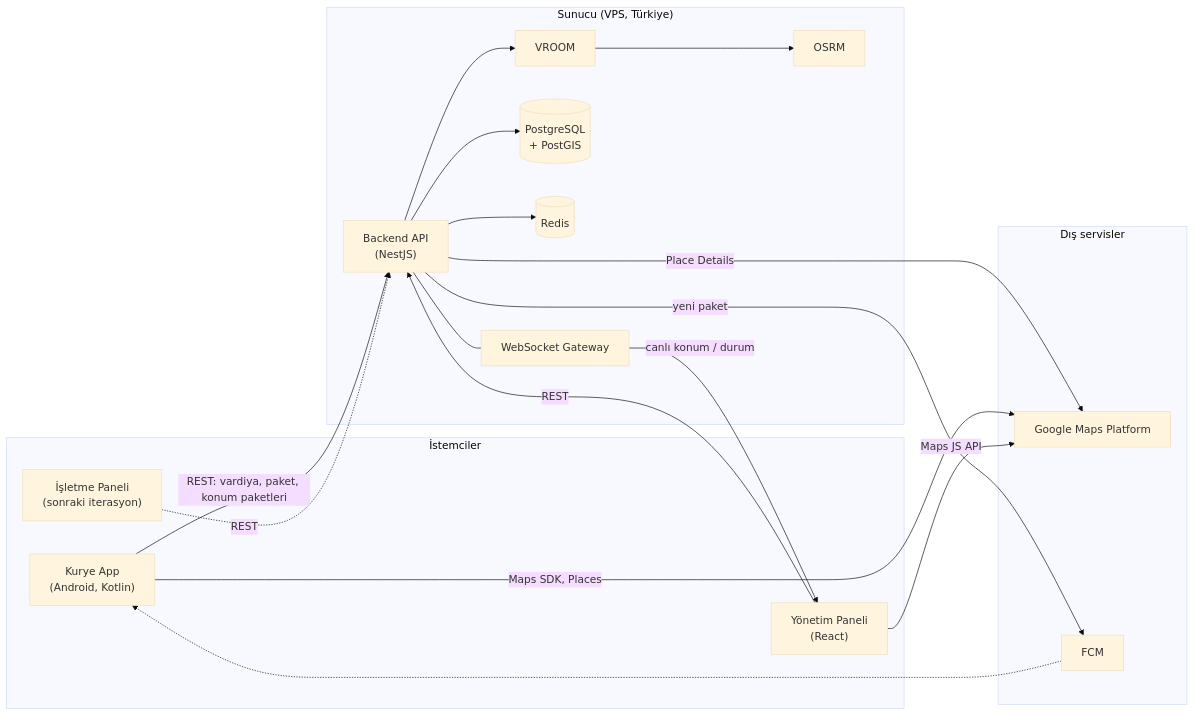
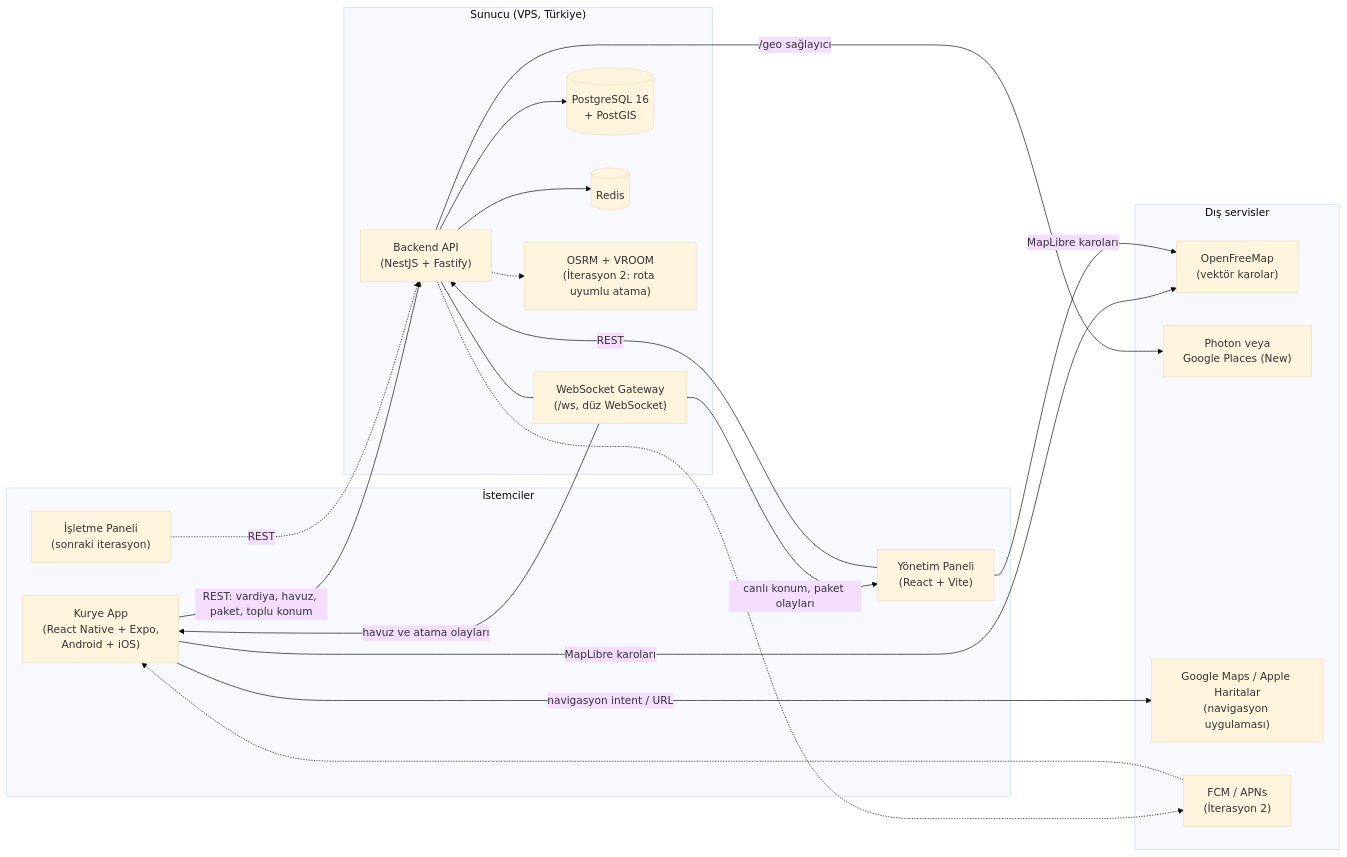
Before and after one commit to Kadir0642/kurye-yonetim-sistemi-showcase: the first of 5 diagrams in docs/MIMARI.md, drawn with Mermaid (base theme). The commit also changed other lines of this file and 23 other files, not shown here.

Commit message:
docs: iterasyon 1 tamamlandi - ekran goruntuleri, rota uyumlu atama ve kuryeler arasi devir kararlari

````diff
--- a/docs/MIMARI.md
+++ b/docs/MIMARI.md
@@ -21,37 +25,39 @@
 ```mermaid
 flowchart LR
     subgraph Istemciler["İstemciler"]
-        KA["Kurye App<br/>(Android, Kotlin)"]
-        YP["Yönetim Paneli<br/>(React)"]
+        KA["Kurye App<br/>(React Native + Expo,<br/>Android + iOS)"]
+        YP["Yönetim Paneli<br/>(React + Vite)"]
         IP["İşletme Paneli<br/>(sonraki iterasyon)"]
     end
 
     subgraph Sunucu["Sunucu (VPS, Türkiye)"]
-        API["Backend API<br/>(NestJS)"]
-        WS["WebSocket Gateway"]
-        PG[("PostgreSQL<br/>+ PostGIS")]
+        API["Backend API<br/>(NestJS + Fastify)"]
+        WS["WebSocket Gateway<br/>(/ws, düz WebSocket)"]
+        PG[("PostgreSQL 16<br/>+ PostGIS")]
         RD[("Redis")]
-        OSRM["OSRM"]
-        VROOM["VROOM"]
+        OSRM["OSRM + VROOM<br/>(İterasyon 2: rota uyumlu atama)"]
     end
 
     subgraph Dis["Dış servisler"]
-        GM["Google Maps Platform"]
-        FCM["FCM"]
+        OFM["OpenFreeMap<br/>(vektör karolar)"]
+        GEO["Photon veya<br/>Google Places (New)"]
+        NAV["Google Maps / Apple Haritalar<br/>(navigasyon uygulaması)"]
+        PUSH["FCM / APNs<br/>(İterasyon 2)"]
     end
 
-    KA -->|"REST: vardiya, paket, konum paketleri"| API
+    KA -->|"REST: vardiya, havuz, paket, toplu konum"| API
     YP -->|"REST"| API
     IP -.->|"REST"| API
     API --- WS
-    WS -->|"canlı konum / durum"| YP
+    WS -->|"canlı konum, paket olayları"| YP
+    WS -->|"havuz ve atama olayları"| KA
     API --> PG
     API --> RD
-    API --> VROOM
-    VROOM --> OSRM
-    API -->|"Place Details"| GM
-    KA -->|"Maps SDK, Places"| GM
-    YP -->|"Maps JS API"| GM
-    API -->|"yeni paket"| FCM
-    FCM -.-> KA
+    API -.-> OSRM
+    API -->|"/geo sağlayıcı"| GEO
+    KA -->|"MapLibre karoları"| OFM
+    YP -->|"MapLibre karoları"| OFM
+    KA -->|"navigasyon intent / URL"| NAV
+    API -.-> PUSH
+    PUSH -.-> KA
 ```
````
